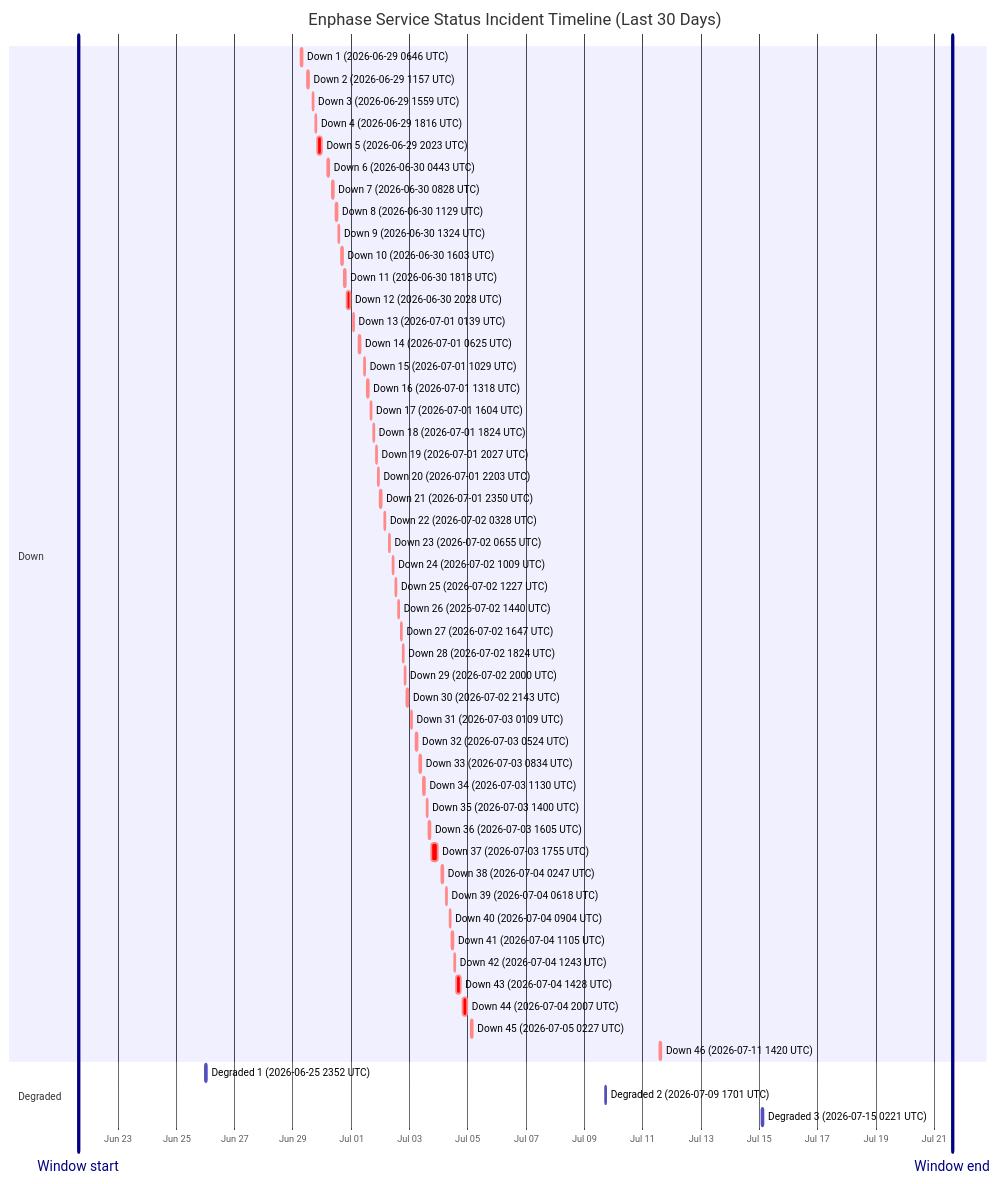
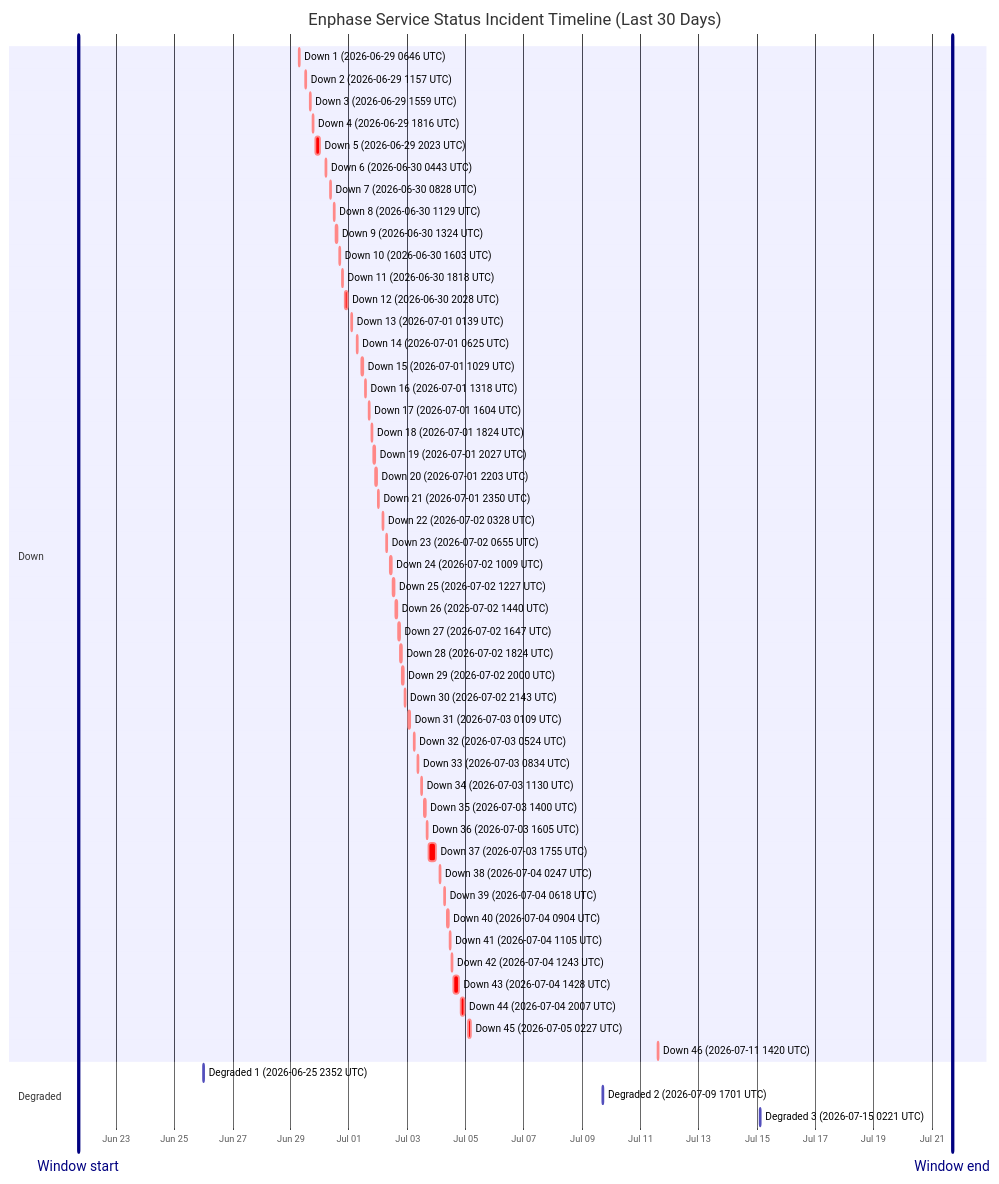
Before and after one commit to barneyonline/ha-enphase-energy: the diagram in wiki/Service-Status-History.md, drawn with Mermaid. The commit also changed other lines of this file and 3 other files, not shown here.

````diff
--- a/wiki/Service-Status-History.md
+++ b/wiki/Service-Status-History.md
@@ -14,59 +14,59 @@
 ```mermaid
 gantt
     title Enphase Service Status Incident Timeline (Last 30 Days)
     dateFormat  YYYY-MM-DDTHH:mm:ss
     axisFormat  %b %d
-    Window start :vert, window-start, 2026-06-21T15:02:51, 0ms
-    Window end :vert, window-end, 2026-07-21T15:02:51, 0ms
+    Window start :vert, window-start, 2026-06-21T16:54:19, 0ms
+    Window end :vert, window-end, 2026-07-21T16:54:19, 0ms
     section Down
     Down 1 (2026-06-29 0646 UTC) :crit, down-1, 2026-06-29T06:46:18, 60m
     Down 2 (2026-06-29 1157 UTC) :crit, down-2, 2026-06-29T11:57:36, 60m
     Down 3 (2026-06-29 1559 UTC) :crit, down-3, 2026-06-29T15:59:02, 60m
     Down 4 (2026-06-29 1816 UTC) :crit, down-4, 2026-06-29T18:16:38, 60m
     Down 5 (2026-06-29 2023 UTC) :crit, down-5, 2026-06-29T20:23:16, 220m
     Down 6 (2026-06-30 0443 UTC) :crit, down-6, 2026-06-30T04:43:54, 60m
     Down 7 (2026-06-30 0828 UTC) :crit, down-7, 2026-06-30T08:28:43, 60m
     Down 8 (2026-06-30 1129 UTC) :crit, down-8, 2026-06-30T11:29:15, 60m
     Down 9 (2026-06-30 1324 UTC) :crit, down-9, 2026-06-30T13:24:25, 60m
     Down 10 (2026-06-30 1603 UTC) :crit, down-10, 2026-06-30T16:03:26, 60m
     Down 11 (2026-06-30 1818 UTC) :crit, down-11, 2026-06-30T18:18:39, 60m
     Down 12 (2026-06-30 2028 UTC) :crit, down-12, 2026-06-30T20:28:54, 171m
     Down 13 (2026-07-01 0139 UTC) :crit, down-13, 2026-07-01T01:39:18, 60m
     Down 14 (2026-07-01 0625 UTC) :crit, down-14, 2026-07-01T06:25:35, 60m
     Down 15 (2026-07-01 1029 UTC) :crit, down-15, 2026-07-01T10:29:24, 60m
     Down 16 (2026-07-01 1318 UTC) :crit, down-16, 2026-07-01T13:18:31, 60m
     Down 17 (2026-07-01 1604 UTC) :crit, down-17, 2026-07-01T16:04:29, 60m
     Down 18 (2026-07-01 1824 UTC) :crit, down-18, 2026-07-01T18:24:21, 60m
     Down 19 (2026-07-01 2027 UTC) :crit, down-19, 2026-07-01T20:27:17, 60m
     Down 20 (2026-07-01 2203 UTC) :crit, down-20, 2026-07-01T22:03:46, 60m
     Down 21 (2026-07-01 2350 UTC) :crit, down-21, 2026-07-01T23:50:52, 60m
     Down 22 (2026-07-02 0328 UTC) :crit, down-22, 2026-07-02T03:28:33, 60m
     Down 23 (2026-07-02 0655 UTC) :crit, down-23, 2026-07-02T06:55:07, 60m
     Down 24 (2026-07-02 1009 UTC) :crit, down-24, 2026-07-02T10:09:15, 60m
     Down 25 (2026-07-02 1227 UTC) :crit, down-25, 2026-07-02T12:27:49, 60m
     Down 26 (2026-07-02 1440 UTC) :crit, down-26, 2026-07-02T14:40:53, 60m
     Down 27 (2026-07-02 1647 UTC) :crit, down-27, 2026-07-02T16:47:47, 60m
     Down 28 (2026-07-02 1824 UTC) :crit, down-28, 2026-07-02T18:24:26, 60m
     Down 29 (2026-07-02 2000 UTC) :crit, down-29, 2026-07-02T20:00:57, 60m
     Down 30 (2026-07-02 2143 UTC) :crit, down-30, 2026-07-02T21:43:52, 80m
     Down 31 (2026-07-03 0109 UTC) :crit, down-31, 2026-07-03T01:09:19, 60m
     Down 32 (2026-07-03 0524 UTC) :crit, down-32, 2026-07-03T05:24:23, 60m
     Down 33 (2026-07-03 0834 UTC) :crit, down-33, 2026-07-03T08:34:05, 60m
     Down 34 (2026-07-03 1130 UTC) :crit, down-34, 2026-07-03T11:30:41, 60m
     Down 35 (2026-07-03 1400 UTC) :crit, down-35, 2026-07-03T14:00:48, 60m
     Down 36 (2026-07-03 1605 UTC) :crit, down-36, 2026-07-03T16:05:49, 60m
     Down 37 (2026-07-03 1755 UTC) :crit, down-37, 2026-07-03T17:55:54, 338m
     Down 38 (2026-07-04 0247 UTC) :crit, down-38, 2026-07-04T02:47:22, 60m
     Down 39 (2026-07-04 0618 UTC) :crit, down-39, 2026-07-04T06:18:09, 60m
     Down 40 (2026-07-04 0904 UTC) :crit, down-40, 2026-07-04T09:04:41, 60m
     Down 41 (2026-07-04 1105 UTC) :crit, down-41, 2026-07-04T11:05:21, 60m
     Down 42 (2026-07-04 1243 UTC) :crit, down-42, 2026-07-04T12:43:25, 60m
     Down 43 (2026-07-04 1428 UTC) :crit, down-43, 2026-07-04T14:28:07, 243m
     Down 44 (2026-07-04 2007 UTC) :crit, down-44, 2026-07-04T20:07:50, 206m
     Down 45 (2026-07-05 0227 UTC) :crit, down-45, 2026-07-05T02:27:32, 109m
     Down 46 (2026-07-11 1420 UTC) :crit, down-46, 2026-07-11T14:20:54, 69m
     section Degraded
     Degraded 1 (2026-06-25 2352 UTC) :active, degraded-1, 2026-06-25T23:52:01, 60m
     Degraded 2 (2026-07-09 1701 UTC) :active, degraded-2, 2026-07-09T17:01:02, 60m
     Degraded 3 (2026-07-15 0221 UTC) :active, degraded-3, 2026-07-15T02:21:35, 60m
 ```
````
